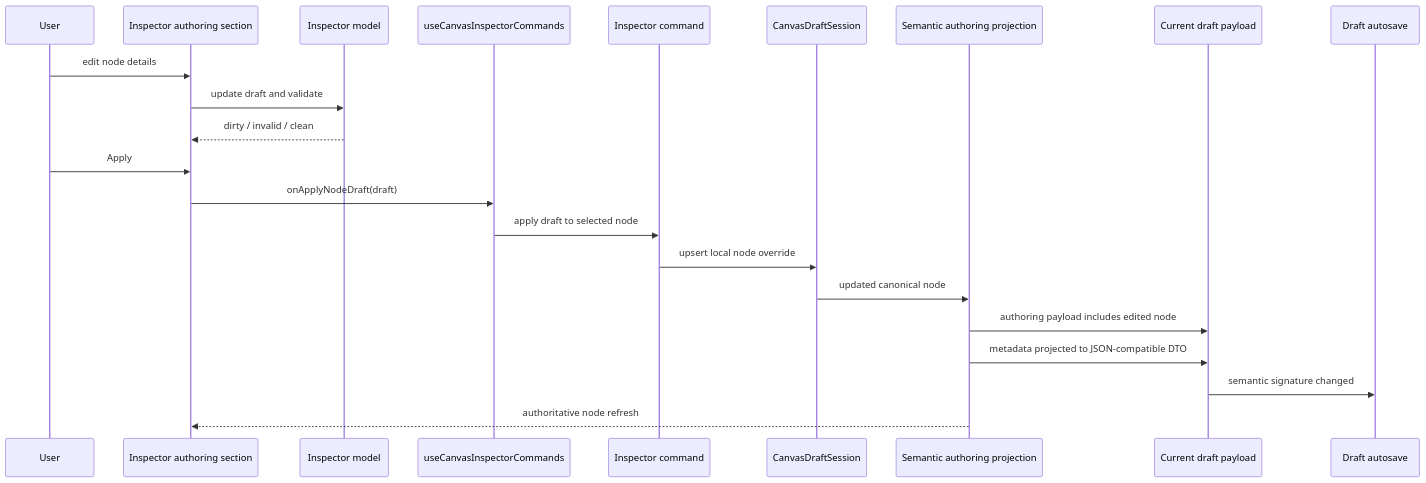
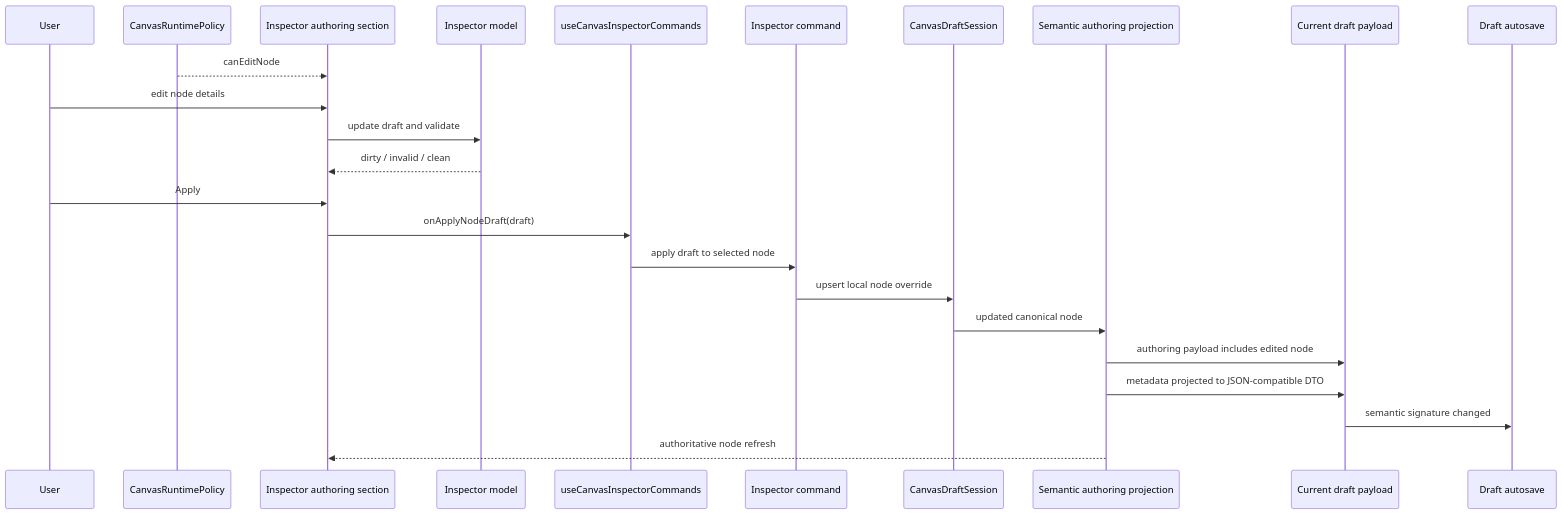
One commit to dunay2/dvt changed the third of 3 diagrams in docs/architecture/components/web/graph/canvas-inspector-authoring-component.md. Above: the diagram before and after it, drawn with Mermaid. The commit also changed other lines of this file and 25 other files, not shown here.

Commit message:
fix(web): Route Canvas commands through runtime policy

````diff
--- a/docs/architecture/components/web/graph/canvas-inspector-authoring-component.md
+++ b/docs/architecture/components/web/graph/canvas-inspector-authoring-component.md
@@ -182,25 +188,27 @@
 ```mermaid
 sequenceDiagram
   participant User
+  participant Policy as CanvasRuntimePolicy
   participant Section as Inspector authoring section
   participant Model as Inspector model
   participant Hook as useCanvasInspectorCommands
   participant Command as Inspector command
   participant Session as CanvasDraftSession
   participant Projection as Semantic authoring projection
   participant Payload as Current draft payload
   participant Autosave as Draft autosave
 
+  Policy-->>Section: canEditNode
   User->>Section: edit node details
   Section->>Model: update draft and validate
   Model-->>Section: dirty / invalid / clean
   User->>Section: Apply
   Section->>Hook: onApplyNodeDraft(draft)
   Hook->>Command: apply draft to selected node
   Command->>Session: upsert local node override
   Session->>Projection: updated canonical node
   Projection->>Payload: authoring payload includes edited node
   Projection->>Payload: metadata projected to JSON-compatible DTO
   Payload->>Autosave: semantic signature changed
   Projection-->>Section: authoritative node refresh
 ```
````
